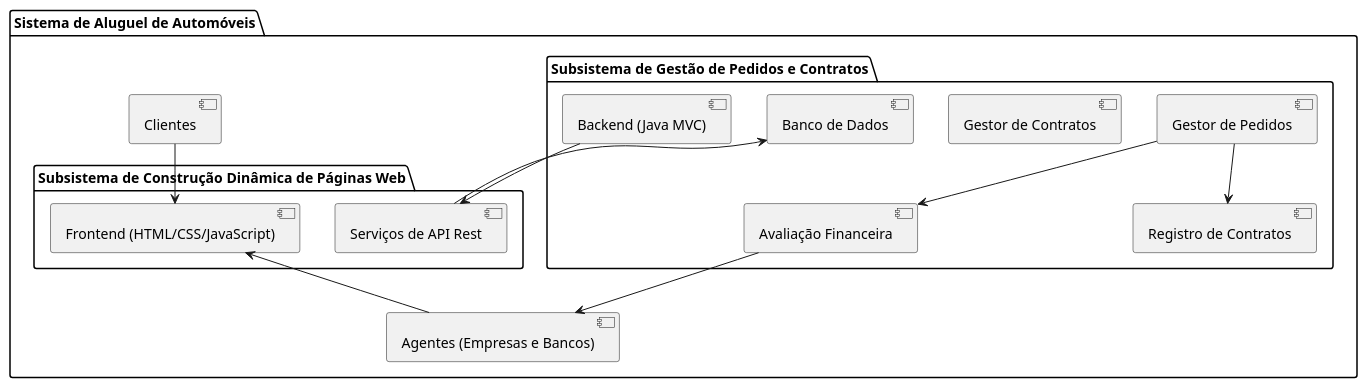
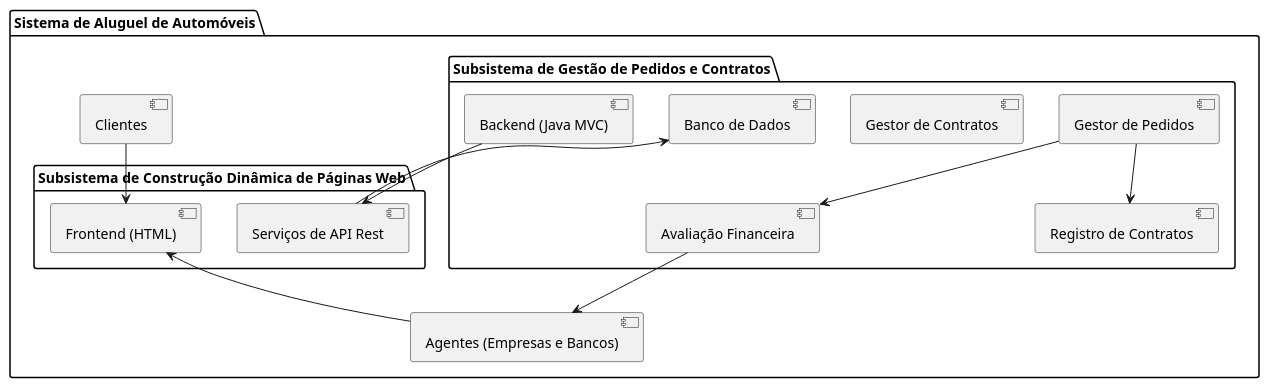
The diagram in project/diagrams/ComponentDiagram.puml (liviabontempol/LDS-projeto2), drawn with PlantUML before and after one commit.

```diff
--- a/project/diagrams/ComponentDiagram.puml
+++ b/project/diagrams/ComponentDiagram.puml
@@ -1,29 +1,29 @@
 @startuml
 package "Sistema de Aluguel de Automóveis" {
 
  
   package "Subsistema de Gestão de Pedidos e Contratos" {
     [Gestor de Pedidos] 
     [Gestor de Contratos]
     [Avaliação Financeira] 
     [Registro de Contratos]
     [Banco de Dados]
     [Backend (Java MVC)]
   }
 
   package "Subsistema de Construção Dinâmica de Páginas Web" {
-    [Frontend (HTML/CSS/JavaScript)]
+    [Frontend (HTML)]
     [Serviços de API Rest]
     [Banco de Dados]
   }
 
-  [Clientes] --> [Frontend (HTML/CSS/JavaScript)]
-  [Agentes (Empresas e Bancos)] --> [Frontend (HTML/CSS/JavaScript)]
+  [Clientes] --> [Frontend (HTML)]
+  [Agentes (Empresas e Bancos)] --> [Frontend (HTML)]
  
   [Backend (Java MVC)] --> [Serviços de API Rest]
   [Serviços de API Rest] --> [Banco de Dados]
   [Gestor de Pedidos] --> [Registro de Contratos]
   [Gestor de Pedidos] --> [Avaliação Financeira]
   [Avaliação Financeira] --> [Agentes (Empresas e Bancos)]
 }
 @enduml
```
